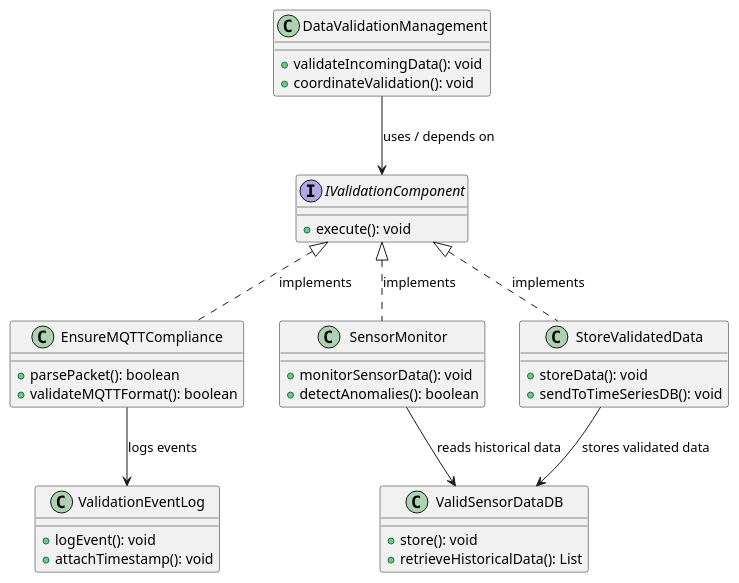
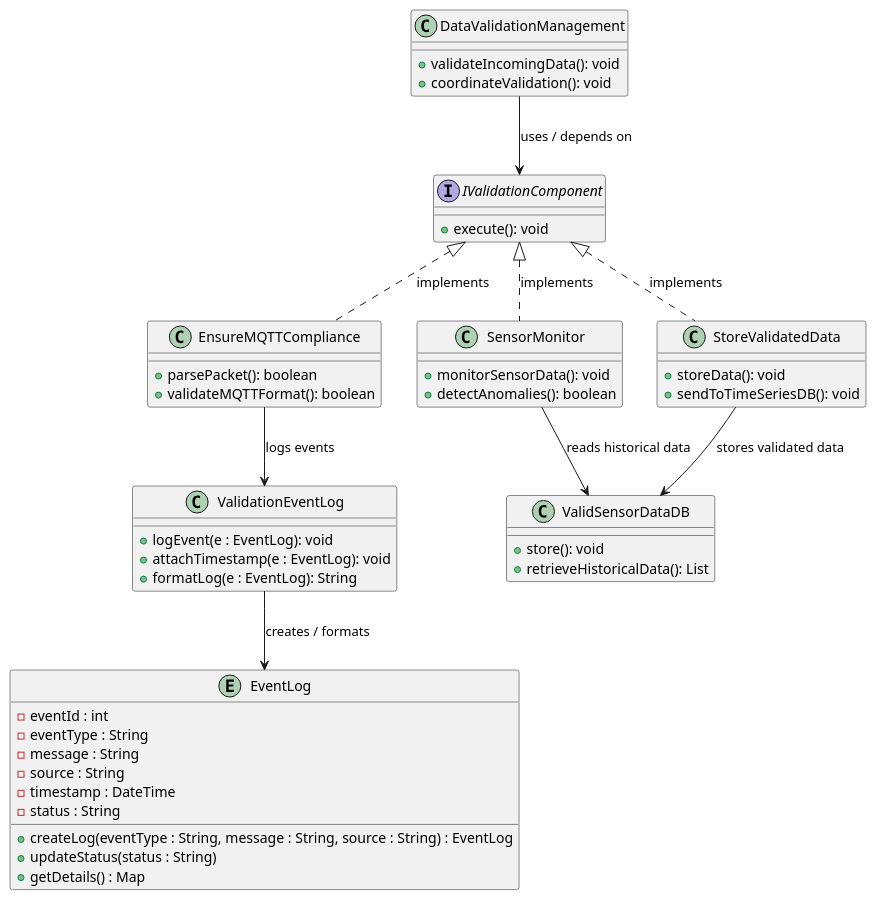
Before and after one commit to harmanpreet-sagar/SFWRENG-3A04-Group6-T01: the diagram in docs/diagrams/plantuml/class/Data_valid_mgmntClass.puml, drawn with PlantUML. The commit also changed 1 other file, not shown here.

Commit message:
updated class diagram and state chart

```diff
--- a/docs/diagrams/plantuml/class/Data_valid_mgmntClass.puml
+++ b/docs/diagrams/plantuml/class/Data_valid_mgmntClass.puml
@@ -1,67 +1,88 @@
 @startuml
 
 ' ========================
 ' Single Interface
 ' ========================
 
 interface IValidationComponent {
   + execute(): void
 }
 
 ' ========================
 ' Classes
 ' ========================
 
 class DataValidationManagement {
   + validateIncomingData(): void
   + coordinateValidation(): void
 }
 
 class EnsureMQTTCompliance {
   + parsePacket(): boolean
   + validateMQTTFormat(): boolean
 }
 
 class SensorMonitor {
   + monitorSensorData(): void
   + detectAnomalies(): boolean
 }
 
 class StoreValidatedData {
   + storeData(): void
   + sendToTimeSeriesDB(): void
 }
 
 class ValidationEventLog {
-  + logEvent(): void
-  + attachTimestamp(): void
+  + logEvent(e : EventLog): void
+  + attachTimestamp(e : EventLog): void
+  + formatLog(e : EventLog): String
 }
 
 class ValidSensorDataDB {
   + store(): void
   + retrieveHistoricalData(): List
+}
+
+' ========================
+' NEW ENTITY
+' ========================
+
+entity EventLog {
+  -eventId : int
+  -eventType : String
+  -message : String
+  -source : String
+  -timestamp : DateTime
+  -status : String
+  
+  +createLog(eventType : String, message : String, source : String) : EventLog
+  +updateStatus(status : String)
+  +getDetails() : Map
 }
 
 ' ========================
 ' Interface Implementation
 ' ========================
 
 IValidationComponent <|.. EnsureMQTTCompliance : implements
 IValidationComponent <|.. SensorMonitor : implements
 IValidationComponent <|.. StoreValidatedData : implements
 
 ' ========================
 ' Controller depends on interface
 ' ========================
 
 DataValidationManagement --> IValidationComponent : uses / depends on
 
 ' ========================
-' Other relationships (labeled)
+' Relationships
 ' ========================
 
 EnsureMQTTCompliance --> ValidationEventLog : logs events
 SensorMonitor --> ValidSensorDataDB : reads historical data
 StoreValidatedData --> ValidSensorDataDB : stores validated data
 
+' NEW relationships for EventLog
+ValidationEventLog --> EventLog : creates / formats
+
 @enduml
```
